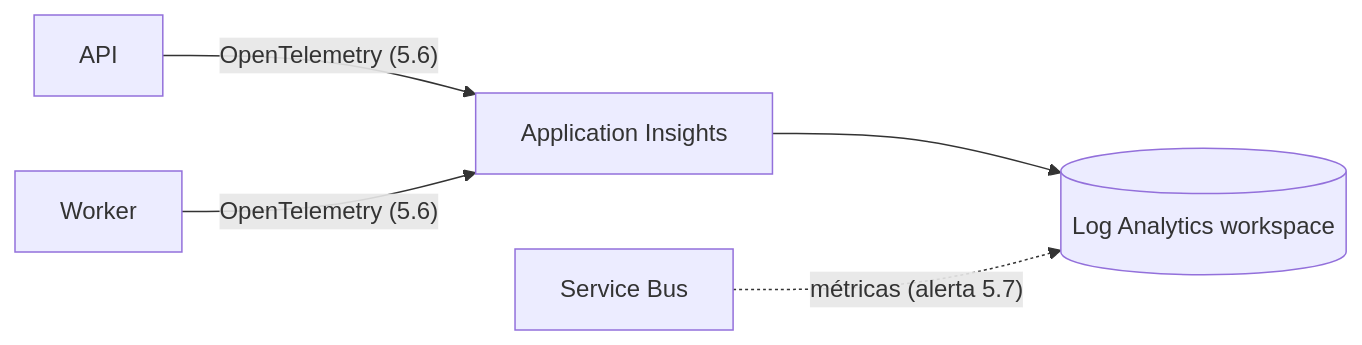
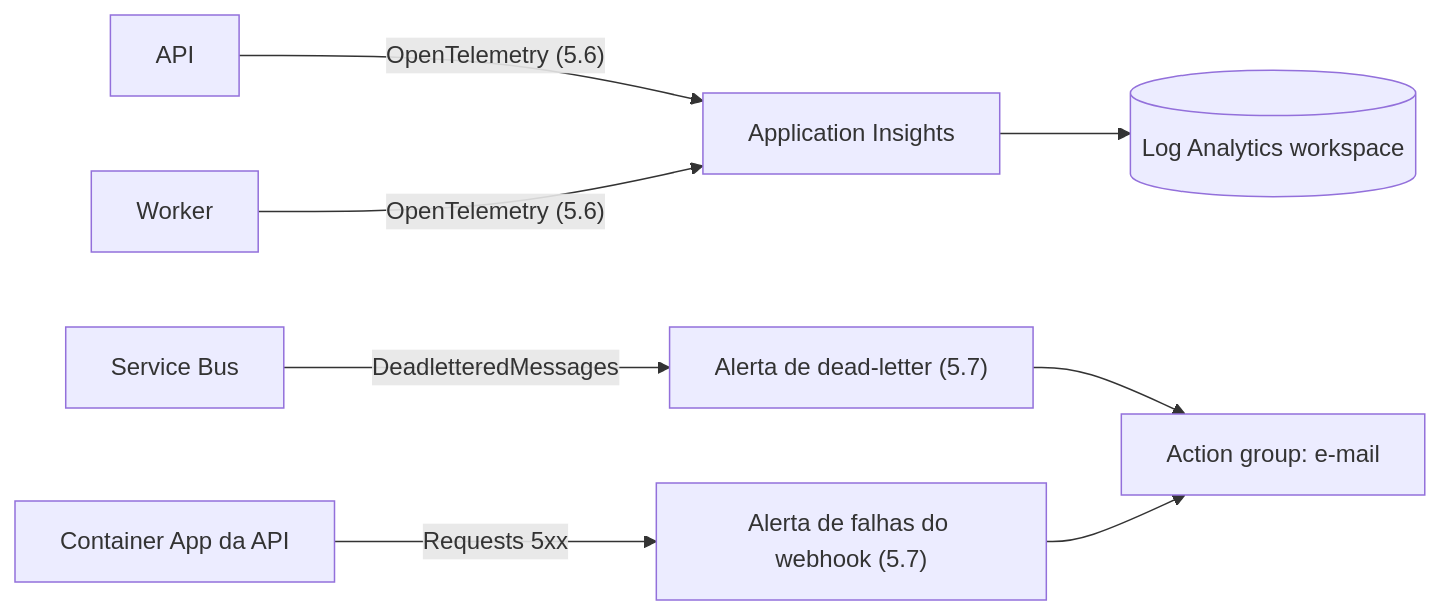
One commit to milsucruz/payment-webhook-processor changed the diagram in docs/azure/log-analytics-application-insights.md. Above: the diagram before and after it, drawn with Mermaid. The commit also changed other lines of this file and 37 other files, not shown here.

First line of the commit message:
feat: add custom metrics and the dead-letter and webhook failure alerts (task 5.7) (#61)

````diff
--- a/docs/azure/log-analytics-application-insights.md
+++ b/docs/azure/log-analytics-application-insights.md
@@ -29,7 +29,10 @@
 ```mermaid
 flowchart LR
     API["API"] -- "OpenTelemetry (5.6)" --> AI["Application Insights"]
     W["Worker"] -- "OpenTelemetry (5.6)" --> AI
     AI --> LA[("Log Analytics workspace")]
-    SB["Service Bus"] -. "métricas (alerta 5.7)" .-> LA
+    SB["Service Bus"] -- "DeadletteredMessages" --> R1["Alerta de dead-letter (5.7)"]
+    CA["Container App da API"] -- "Requests 5xx" --> R2["Alerta de falhas do webhook (5.7)"]
+    R1 --> AG["Action group: e-mail"]
+    R2 --> AG
 ```
````
